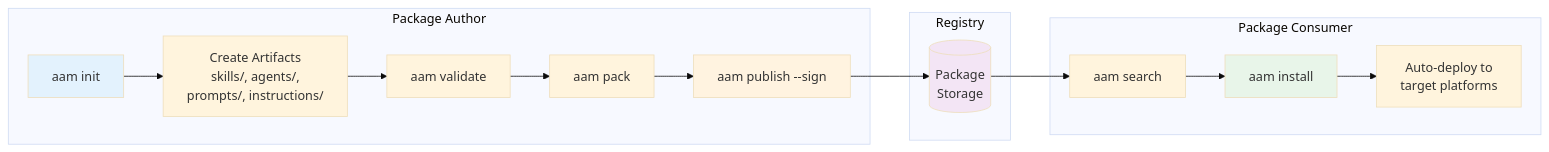
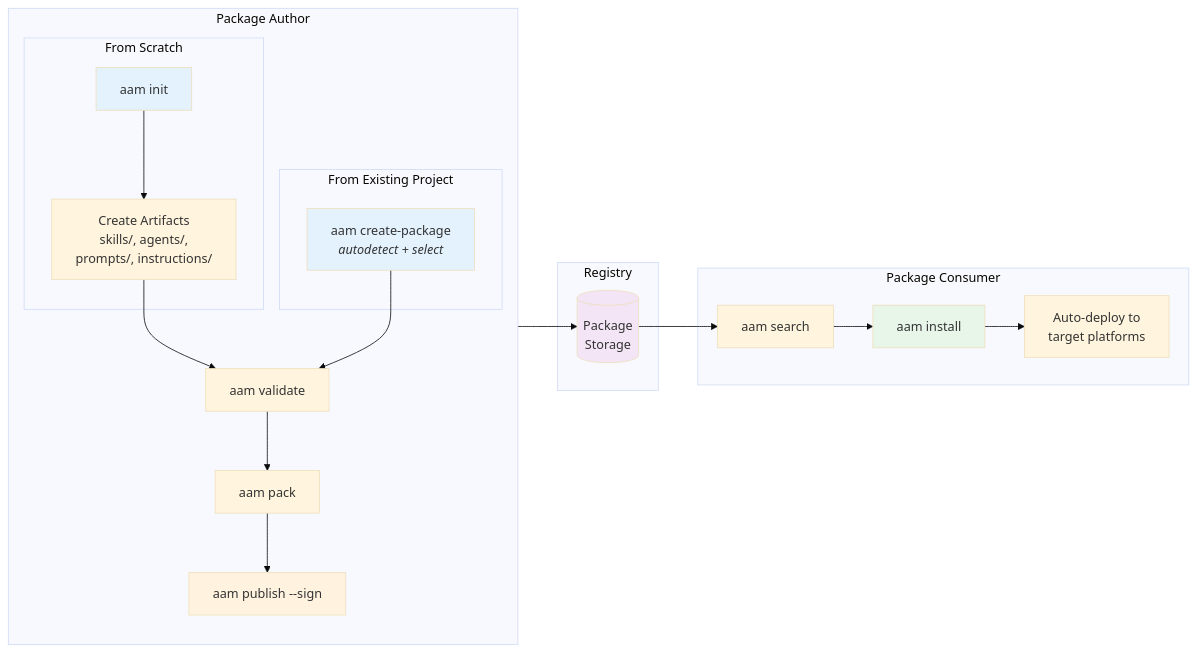
The first of 3 diagrams in docs/USER_GUIDE.md (spazyCZ/agent-package-manager), drawn with Mermaid (base theme) before and after one commit. The commit also changed other lines of this file and 1 other file, not shown here.

Commit message:
Enhance documentation: Add `aam create-package` command details to DESIGN.md and update USER_GUIDE.md to reflect new package creation options from existing projects.

````diff
--- a/docs/USER_GUIDE.md
+++ b/docs/USER_GUIDE.md
@@ -23,35 +24,46 @@
 ```mermaid
 flowchart LR
     subgraph Author["Package Author"]
-        Init["aam init"]
-        Create["Create Artifacts<br/>skills/, agents/,<br/>prompts/, instructions/"]
+        direction TB
+        
+        subgraph NewPkg["From Scratch"]
+            Init["aam init"]
+            CreateNew["Create Artifacts<br/>skills/, agents/,<br/>prompts/, instructions/"]
+        end
+        
+        subgraph ExistingPkg["From Existing Project"]
+            CreatePkg["aam create-package<br/><i>autodetect + select</i>"]
+        end
+        
         Validate["aam validate"]
         Pack["aam pack"]
         Publish["aam publish --sign"]
     end
     
     subgraph Registry["Registry"]
         Store[(Package<br/>Storage)]
     end
     
     subgraph Consumer["Package Consumer"]
         Search["aam search"]
         Install["aam install"]
         Deploy["Auto-deploy to<br/>target platforms"]
     end
     
-    Init --> Create
-    Create --> Validate
+    Init --> CreateNew
+    CreateNew --> Validate
+    CreatePkg --> Validate
     Validate --> Pack
     Pack --> Publish
     Publish --> Store
     
     Store --> Search
     Search --> Install
     Install --> Deploy
     
     style Init fill:#e3f2fd
+    style CreatePkg fill:#e3f2fd
     style Publish fill:#fff3e0
     style Store fill:#f3e5f5
     style Install fill:#e8f5e9
 ```
````
